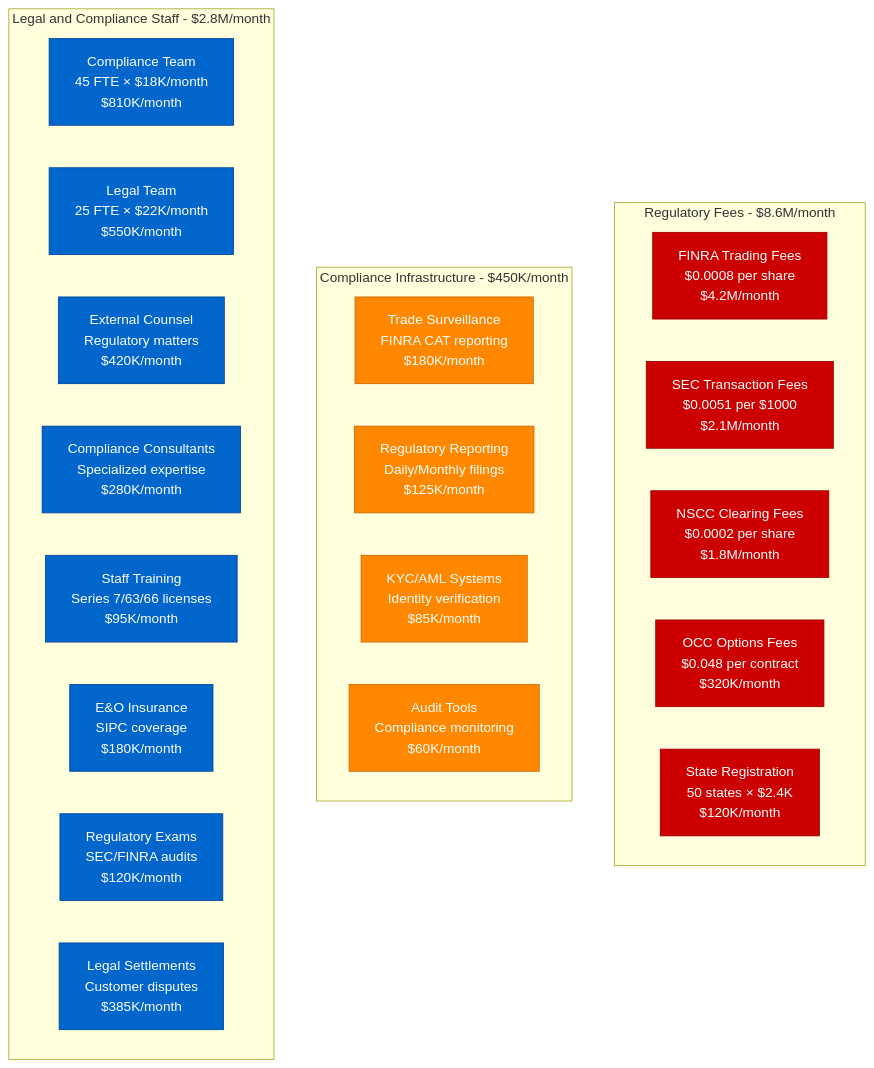
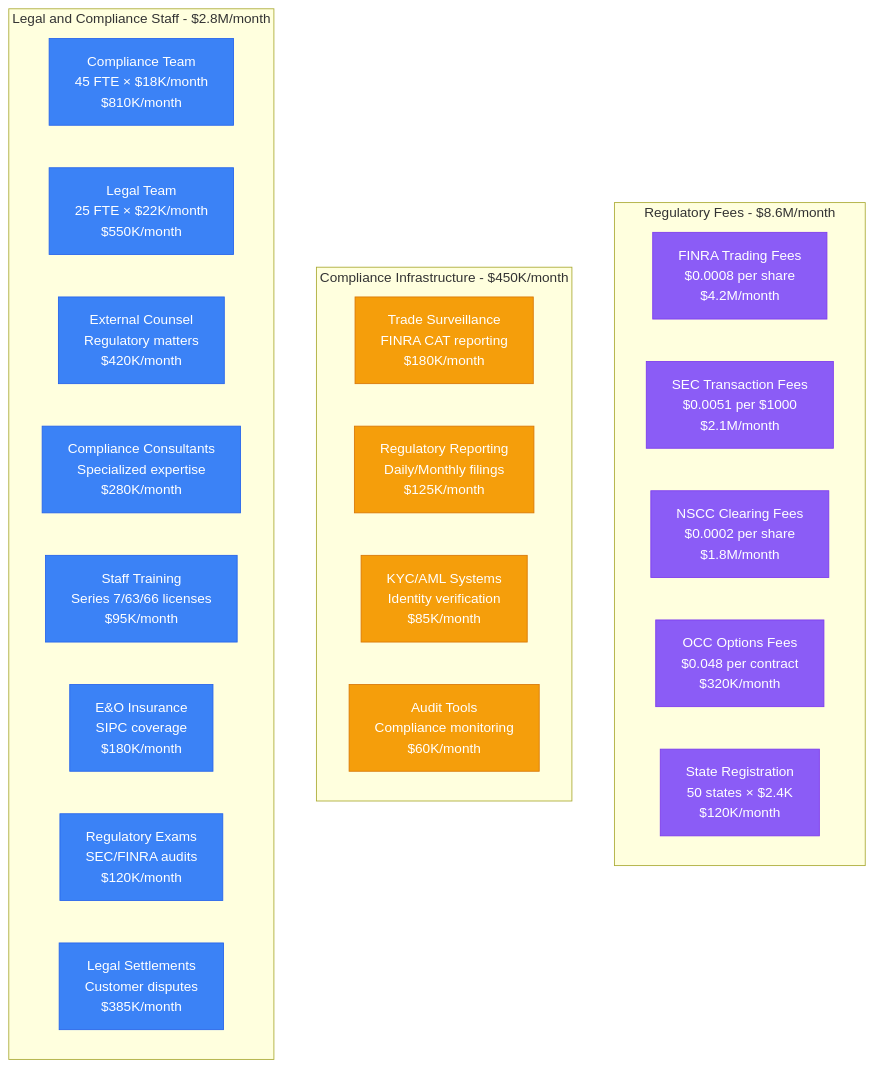
The third of 9 diagrams in site/docs/systems/robinhood/06-cost-breakdown.md (deepaucksharma/DS), drawn with Mermaid before and after one commit. The commit also changed other lines of this file and 187 other files, not shown here.

````diff
--- a/site/docs/systems/robinhood/06-cost-breakdown.md
+++ b/site/docs/systems/robinhood/06-cost-breakdown.md
@@ -84,36 +84,36 @@
 ```mermaid
 graph TB
     subgraph RegulatoryFees[Regulatory Fees - $8.6M/month]
         FINRA_FEES[FINRA Trading Fees<br/>$0.0008 per share<br/>$4.2M/month]
         SEC_FEES[SEC Transaction Fees<br/>$0.0051 per $1000<br/>$2.1M/month]
         NSCC_FEES[NSCC Clearing Fees<br/>$0.0002 per share<br/>$1.8M/month]
         OCC_FEES[OCC Options Fees<br/>$0.048 per contract<br/>$320K/month]
         STATE_FEES[State Registration<br/>50 states × $2.4K<br/>$120K/month]
     end
 
     subgraph ComplianceInfra[Compliance Infrastructure - $450K/month]
         SURVEILLANCE[Trade Surveillance<br/>FINRA CAT reporting<br/>$180K/month]
         REPORTING[Regulatory Reporting<br/>Daily/Monthly filings<br/>$125K/month]
         KYC_SYSTEMS[KYC/AML Systems<br/>Identity verification<br/>$85K/month]
         AUDIT_TOOLS[Audit Tools<br/>Compliance monitoring<br/>$60K/month]
     end
 
     subgraph LegalCosts[Legal and Compliance Staff - $2.8M/month]
         COMPLIANCE_TEAM[Compliance Team<br/>45 FTE × $18K/month<br/>$810K/month]
         LEGAL_TEAM[Legal Team<br/>25 FTE × $22K/month<br/>$550K/month]
         EXTERNAL_COUNSEL[External Counsel<br/>Regulatory matters<br/>$420K/month]
         CONSULTANTS[Compliance Consultants<br/>Specialized expertise<br/>$280K/month]
         TRAINING[Staff Training<br/>Series 7/63/66 licenses<br/>$95K/month]
         INSURANCE[E&O Insurance<br/>SIPC coverage<br/>$180K/month]
         EXAMINATIONS[Regulatory Exams<br/>SEC/FINRA audits<br/>$120K/month]
         SETTLEMENTS[Legal Settlements<br/>Customer disputes<br/>$385K/month]
     end
 
-    classDef feeStyle fill:#CC0000,stroke:#990000,color:#fff
-    classDef infraStyle fill:#FF8800,stroke:#CC6600,color:#fff
-    classDef staffStyle fill:#0066CC,stroke:#004499,color:#fff
+    classDef feeStyle fill:#8B5CF6,stroke:#7C3AED,color:#fff
+    classDef infraStyle fill:#F59E0B,stroke:#D97706,color:#fff
+    classDef staffStyle fill:#3B82F6,stroke:#2563EB,color:#fff
 
     class FINRA_FEES,SEC_FEES,NSCC_FEES,OCC_FEES,STATE_FEES feeStyle
     class SURVEILLANCE,REPORTING,KYC_SYSTEMS,AUDIT_TOOLS infraStyle
     class COMPLIANCE_TEAM,LEGAL_TEAM,EXTERNAL_COUNSEL,CONSULTANTS,TRAINING,INSURANCE,EXAMINATIONS,SETTLEMENTS staffStyle
 ```
````
